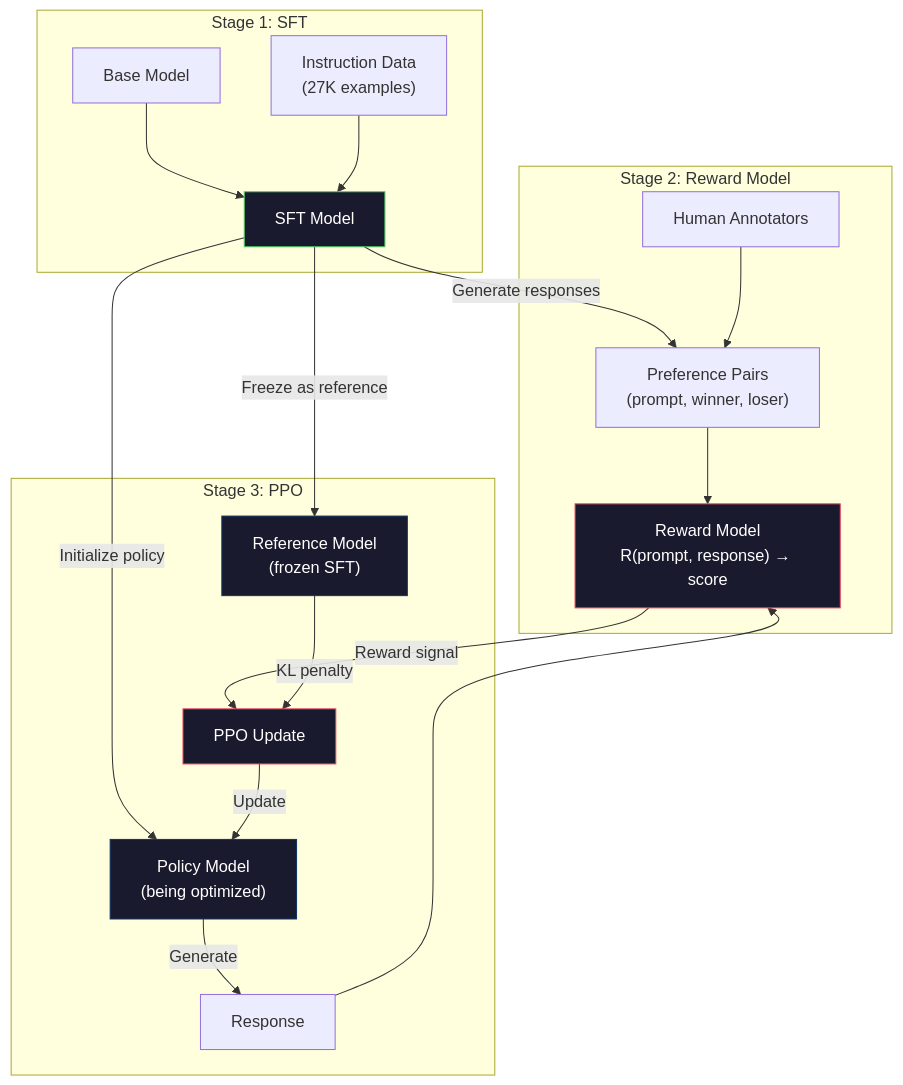
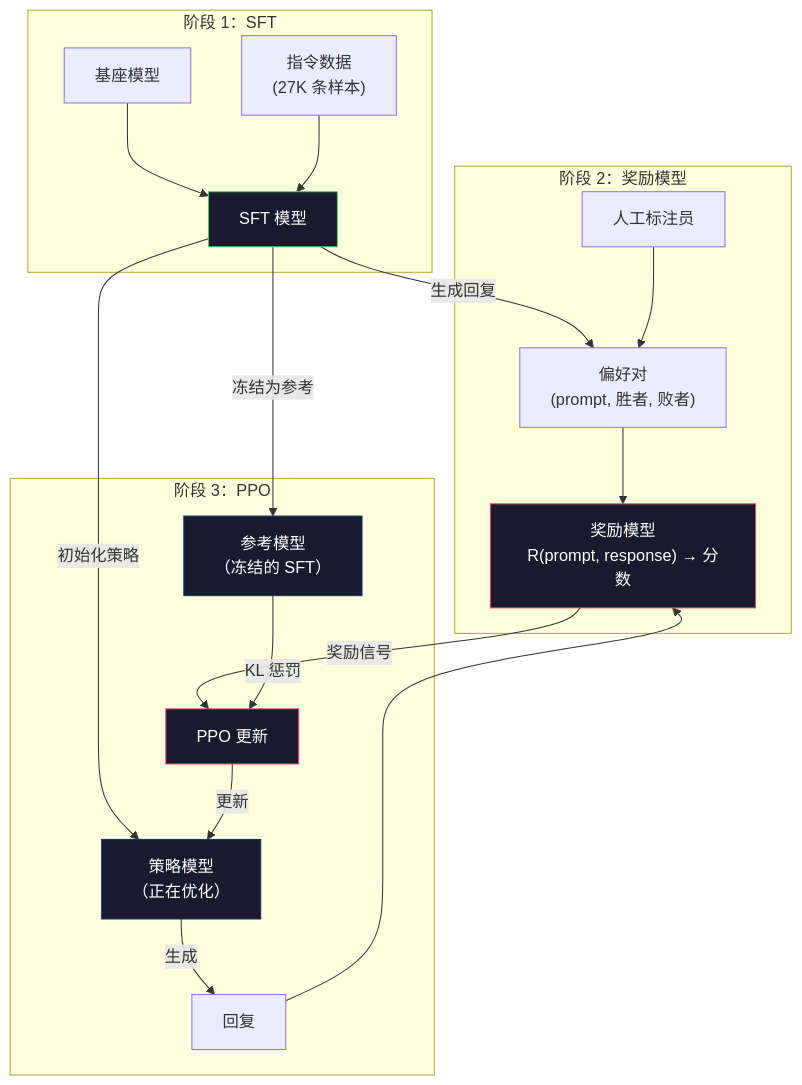
Before and after one commit to alessandrodinisio-ai/ai-engineering-learning-framework: the first of 2 diagrams in phases/10-llms-from-scratch/07-rlhf/docs/zh.md, drawn with Mermaid. The commit also changed other lines of this file and 120 other files, not shown here.

First line of the commit message:
i18n(mermaid): 337 个 mermaid 图表标签中文化

````diff
--- a/phases/10-llms-from-scratch/07-rlhf/docs/zh.md
+++ b/phases/10-llms-from-scratch/07-rlhf/docs/zh.md
@@ -43,29 +43,29 @@
 ```mermaid
 graph TD
-    subgraph Stage1["Stage 1: SFT"]
-        B["Base Model"] --> S["SFT Model"]
-        D["Instruction Data\n(27K examples)"] --> S
+    subgraph Stage1["阶段 1：SFT"]
+        B["基座模型"] --> S["SFT 模型"]
+        D["指令数据\n(27K 条样本)"] --> S
     end
 
-    subgraph Stage2["Stage 2: Reward Model"]
-        S --> |"Generate responses"| P["Preference Pairs\n(prompt, winner, loser)"]
-        H["Human Annotators"] --> P
-        P --> R["Reward Model\nR(prompt, response) → score"]
+    subgraph Stage2["阶段 2：奖励模型"]
+        S --> |"生成回复"| P["偏好对\n(prompt, 胜者, 败者)"]
+        H["人工标注员"] --> P
+        P --> R["奖励模型\nR(prompt, response) → 分数"]
     end
 
-    subgraph Stage3["Stage 3: PPO"]
-        S --> |"Initialize policy"| PI["Policy Model\n(being optimized)"]
-        S --> |"Freeze as reference"| REF["Reference Model\n(frozen SFT)"]
-        PI --> |"Generate"| RESP["Response"]
+    subgraph Stage3["阶段 3：PPO"]
+        S --> |"初始化策略"| PI["策略模型\n（正在优化）"]
+        S --> |"冻结为参考"| REF["参考模型\n（冻结的 SFT）"]
+        PI --> |"生成"| RESP["回复"]
         RESP --> R
-        R --> |"Reward signal"| PPO["PPO Update"]
-        REF --> |"KL penalty"| PPO
-        PPO --> |"Update"| PI
+        R --> |"奖励信号"| PPO["PPO 更新"]
+        REF --> |"KL 惩罚"| PPO
+        PPO --> |"更新"| PI
     end
 
     style S fill:#1a1a2e,stroke:#51cf66,color:#fff
     style R fill:#1a1a2e,stroke:#e94560,color:#fff
     style PI fill:#1a1a2e,stroke:#0f3460,color:#fff
     style REF fill:#1a1a2e,stroke:#0f3460,color:#fff
     style PPO fill:#1a1a2e,stroke:#e94560,color:#fff
 ```
````
